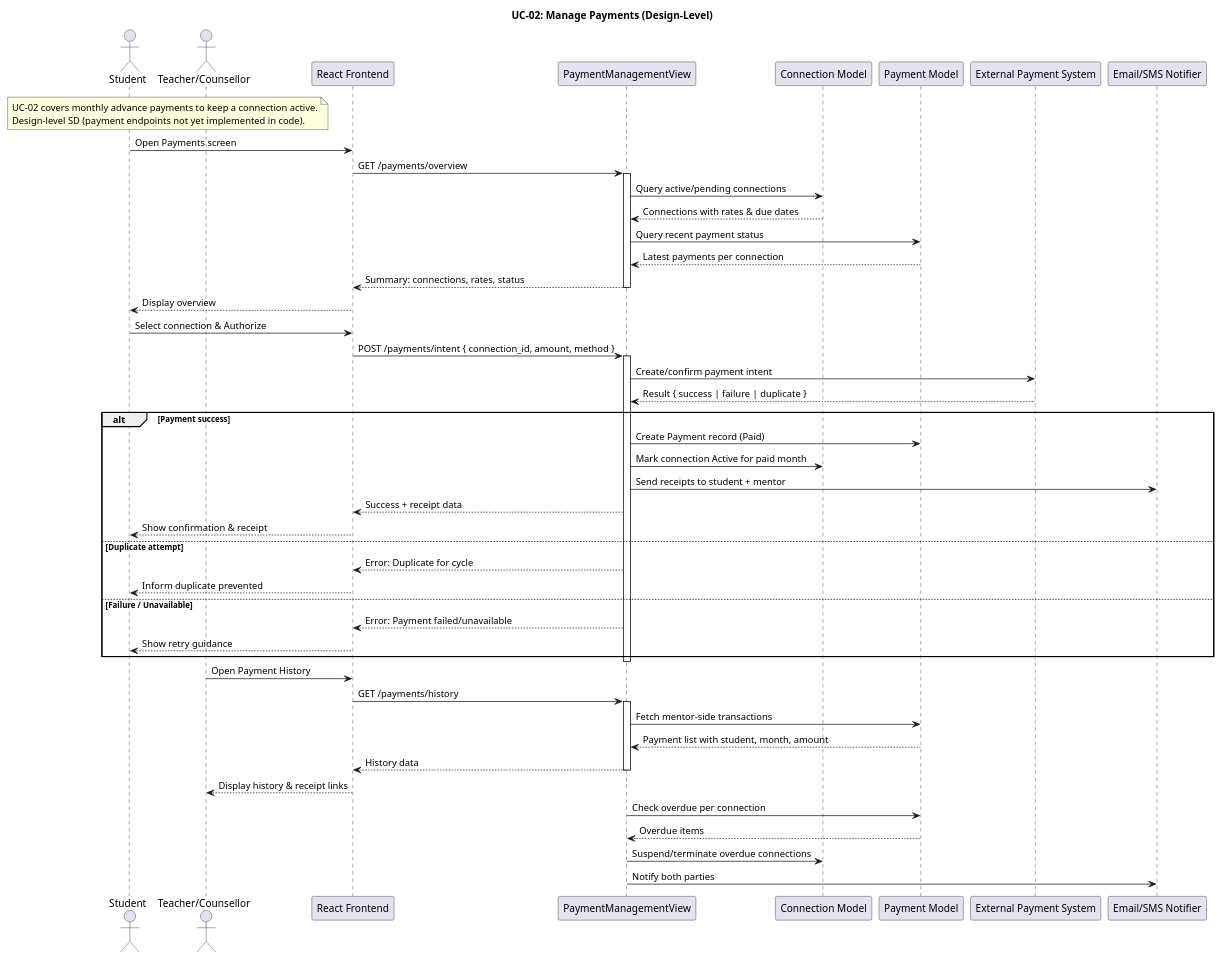
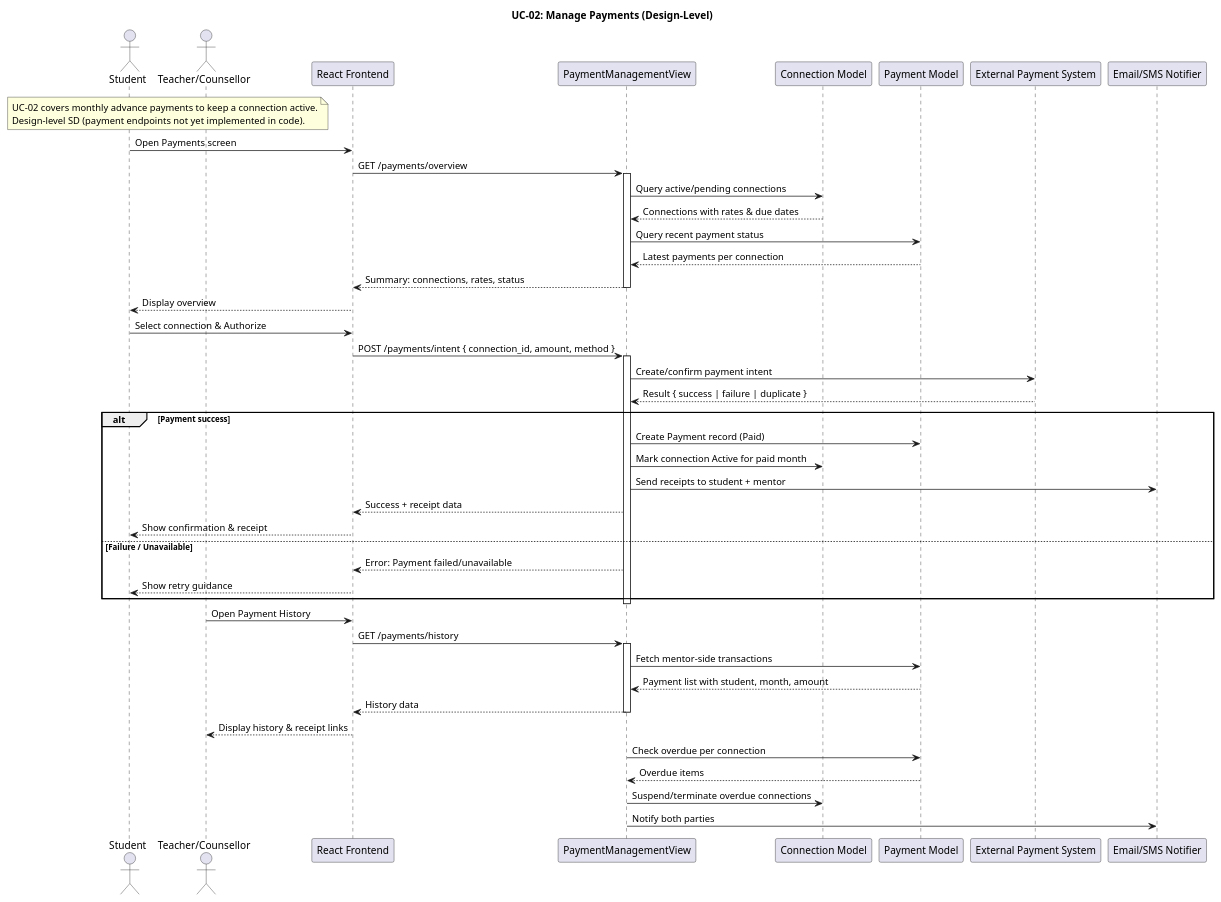
The diagram in planttext/uc02-manage-payments.puml (MMMustafakamran/SDs), drawn with PlantUML before and after one commit. The commit also changed 18 other files, not shown here.

```diff
--- a/planttext/uc02-manage-payments.puml
+++ b/planttext/uc02-manage-payments.puml
@@ -1,76 +1,73 @@
 @startuml
 title UC-02: Manage Payments (Design-Level)
 
 actor Student
 actor Mentor as "Teacher/Counsellor"
 participant Frontend as "React Frontend"
 participant PaymentView as "PaymentManagementView"
 participant Connection as "Connection Model"
 participant Payment as "Payment Model"
 participant PaymentSystem as "External Payment System"
 participant Notification as "Email/SMS Notifier"
 
 note over Student, Mentor
 UC-02 covers monthly advance payments to keep a connection active.
 Design-level SD (payment endpoints not yet implemented in code).
 end note
 
 '======================
 ' Student views payment overview
 '======================
 Student -> Frontend : Open Payments screen
 Frontend -> PaymentView : GET /payments/overview
 activate PaymentView
 PaymentView -> Connection : Query active/pending connections
 Connection --> PaymentView : Connections with rates & due dates
 PaymentView -> Payment : Query recent payment status
 Payment --> PaymentView : Latest payments per connection
 PaymentView --> Frontend : Summary: connections, rates, status
 deactivate PaymentView
 Frontend --> Student : Display overview
 
 '======================
 ' Select connection and authorize payment
 '======================
 Student -> Frontend : Select connection & Authorize
 Frontend -> PaymentView : POST /payments/intent { connection_id, amount, method }
 activate PaymentView
 PaymentView -> PaymentSystem : Create/confirm payment intent
 PaymentSystem --> PaymentView : Result { success | failure | duplicate }
 
 alt Payment success
     PaymentView -> Payment : Create Payment record (Paid)
     PaymentView -> Connection : Mark connection Active for paid month
     PaymentView -> Notification : Send receipts to student + mentor
     PaymentView --> Frontend : Success + receipt data
     Frontend --> Student : Show confirmation & receipt
-else Duplicate attempt
-    PaymentView --> Frontend : Error: Duplicate for cycle
-    Frontend --> Student : Inform duplicate prevented
 else Failure / Unavailable
     PaymentView --> Frontend : Error: Payment failed/unavailable
     Frontend --> Student : Show retry guidance
 end
 deactivate PaymentView
 
 '======================
 ' Mentor views payment history
 '======================
 Mentor -> Frontend : Open Payment History
 Frontend -> PaymentView : GET /payments/history
 activate PaymentView
 PaymentView -> Payment : Fetch mentor-side transactions
 Payment --> PaymentView : Payment list with student, month, amount
 PaymentView --> Frontend : History data
 deactivate PaymentView
 Frontend --> Mentor : Display history & receipt links
 
 '======================
 ' Automated overdue handling (system-initiated)
 '======================
 PaymentView -> Payment : Check overdue per connection
 Payment --> PaymentView : Overdue items
 PaymentView -> Connection : Suspend/terminate overdue connections
 PaymentView -> Notification : Notify both parties
 
 @enduml
```
